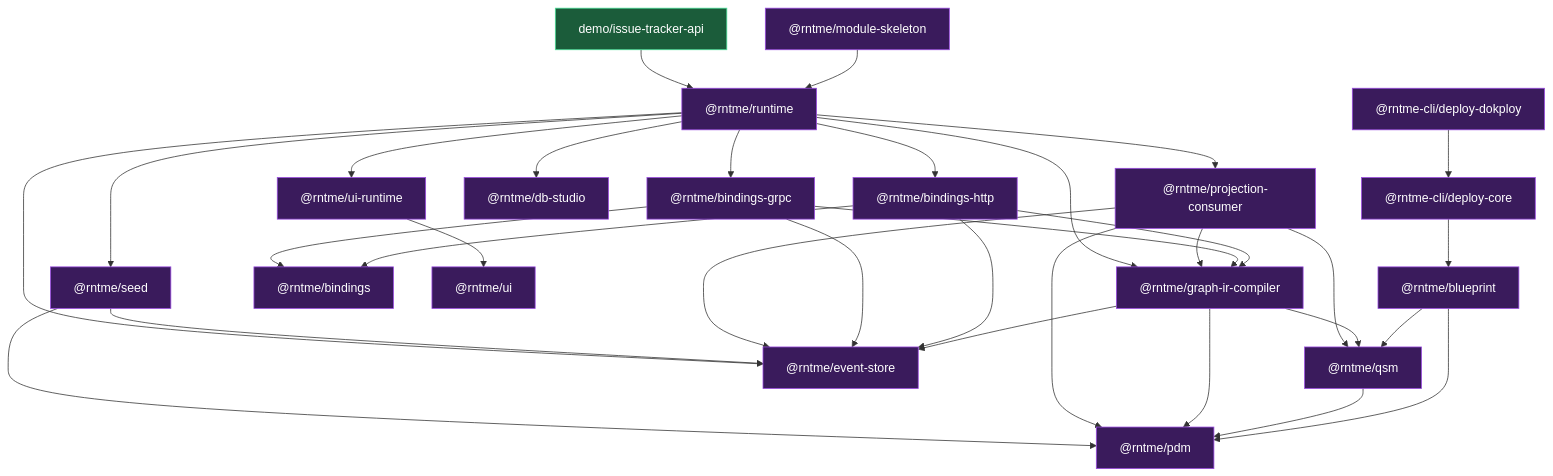
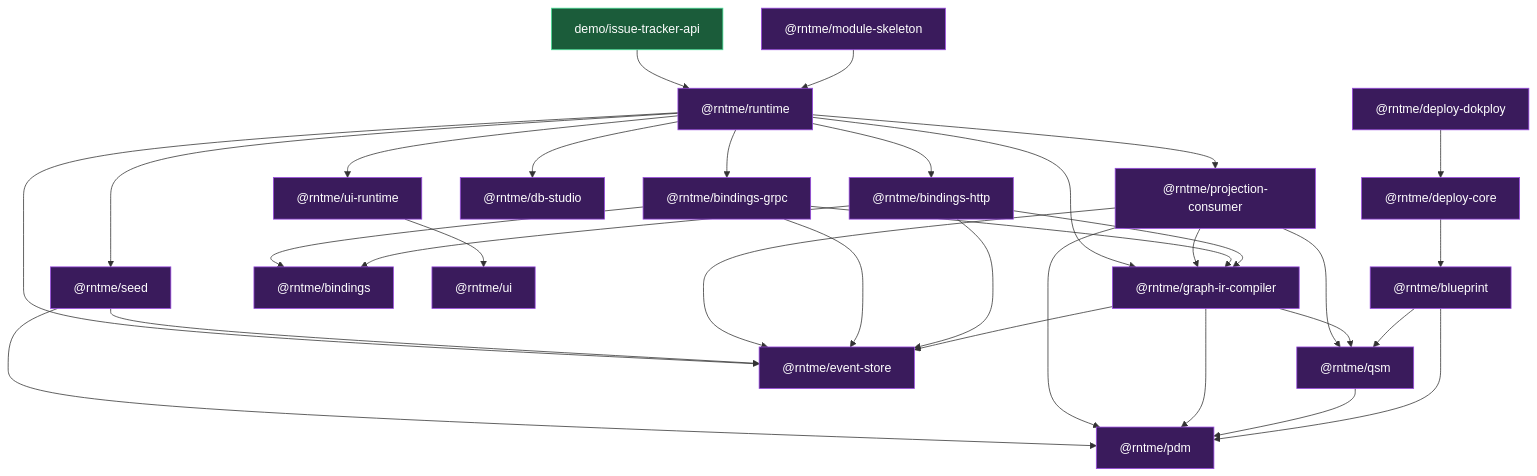
One commit to vladprrs/rntme changed the fourth of 18 diagrams in docs/architecture.md. Above: the diagram before and after it, drawn with Mermaid. The commit also changed other lines of this file and 110 other files, not shown here.

````diff
--- a/docs/architecture.md
+++ b/docs/architecture.md
@@ -161,38 +161,38 @@
 ```mermaid
 flowchart TB
     classDef pkg fill:#3a1b5c,stroke:#9a4ae2,color:#fff;
     classDef demo fill:#1b5c3a,stroke:#4ae29a,color:#fff;
 
     BP["@rntme/blueprint"]:::pkg
     PDM["@rntme/pdm"]:::pkg
     QSM["@rntme/qsm"]:::pkg
     ES["@rntme/event-store"]:::pkg
     GIR["@rntme/graph-ir-compiler"]:::pkg
     B["@rntme/bindings"]:::pkg
     BH["@rntme/bindings-http"]:::pkg
     BG["@rntme/bindings-grpc"]:::pkg
     UI["@rntme/ui"]:::pkg
     UIR["@rntme/ui-runtime"]:::pkg
     DS["@rntme/db-studio"]:::pkg
     PC["@rntme/projection-consumer"]:::pkg
     SD["@rntme/seed"]:::pkg
     RT["@rntme/runtime"]:::pkg
     MS["@rntme/module-skeleton"]:::pkg
-    DC["@rntme-cli/deploy-core"]:::pkg
-    DD["@rntme-cli/deploy-dokploy"]:::pkg
+    DC["@rntme/deploy-core"]:::pkg
+    DD["@rntme/deploy-dokploy"]:::pkg
     DEMO["demo/issue-tracker-api"]:::demo
 
     BP --> PDM & QSM
     QSM --> PDM
     GIR --> PDM & QSM & ES
     BH --> B & GIR & ES
     BG --> B & GIR & ES
     UIR --> UI
     PC --> ES & GIR & PDM & QSM
     SD --> ES & PDM
     RT --> BH & BG & UIR & DS & PC & SD & GIR & ES
     MS --> RT
     DC --> BP
     DD --> DC
     DEMO --> RT
 ```
````
